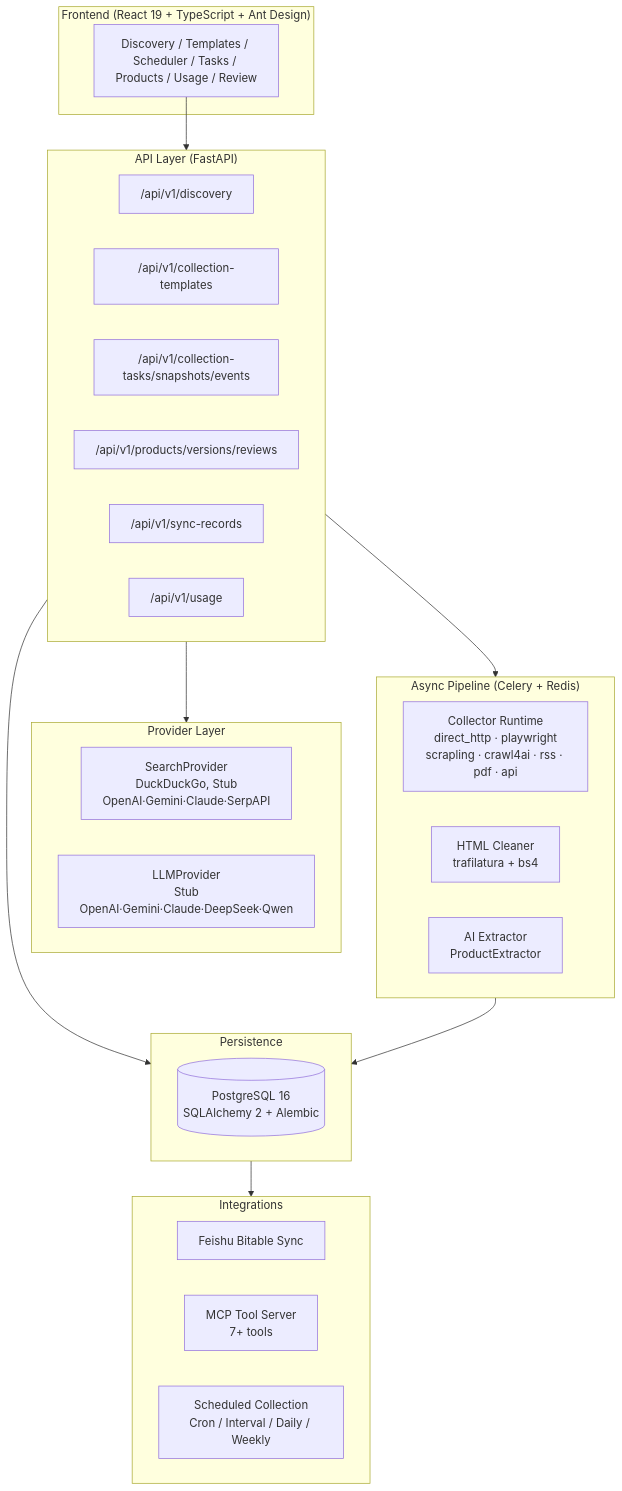
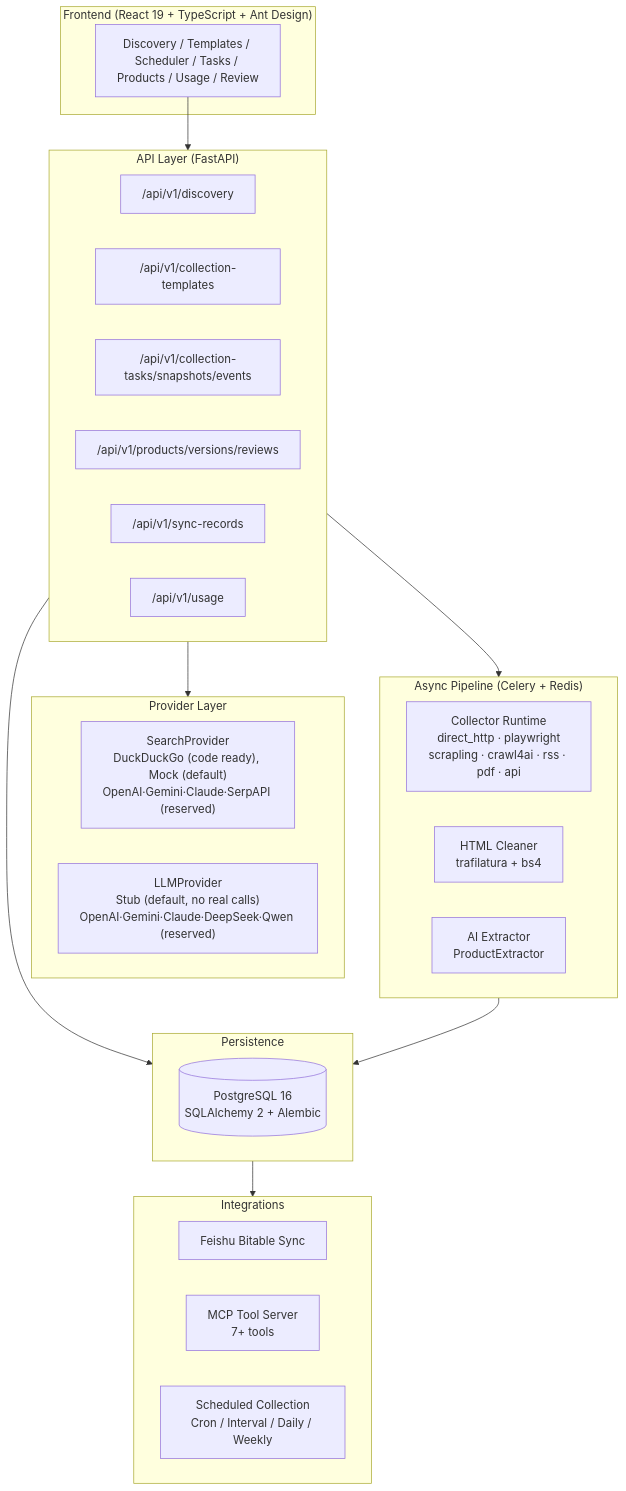
Before and after one commit to a672780966/Competitive-Product-Intelligence-System: the second of 2 diagrams in docs/README.en.md, drawn with Mermaid. The commit also changed other lines of this file and 23 other files, not shown here.

````diff
--- a/docs/README.en.md
+++ b/docs/README.en.md
@@ -87,44 +88,44 @@
 ```mermaid
 graph TB
     subgraph Frontend["Frontend (React 19 + TypeScript + Ant Design)"]
         UI["Discovery / Templates / Scheduler / Tasks / Products / Usage / Review"]
     end
 
     subgraph API["API Layer (FastAPI)"]
         DiscoveryAPI["/api/v1/discovery"]
         TemplatesAPI["/api/v1/collection-templates"]
         TasksAPI["/api/v1/collection-tasks/snapshots/events"]
         ProductsAPI["/api/v1/products/versions/reviews"]
         SyncAPI["/api/v1/sync-records"]
         UsageAPI["/api/v1/usage"]
     end
 
     subgraph Providers["Provider Layer"]
         direction LR
-        Search["SearchProvider<br/>DuckDuckGo, Stub<br/>OpenAI·Gemini·Claude·SerpAPI"]
-        LLM["LLMProvider<br/>Stub<br/>OpenAI·Gemini·Claude·DeepSeek·Qwen"]
+        Search["SearchProvider<br/>DuckDuckGo (code ready), Mock (default)<br/>OpenAI·Gemini·Claude·SerpAPI (reserved)"]
+        LLM["LLMProvider<br/>Stub (default, no real calls)<br/>OpenAI·Gemini·Claude·DeepSeek·Qwen (reserved)"]
     end
 
     subgraph Pipeline["Async Pipeline (Celery + Redis)"]
         Collect["Collector Runtime<br/>direct_http · playwright<br/>scrapling · crawl4ai · rss · pdf · api"]
         Clean["HTML Cleaner<br/>trafilatura + bs4"]
         Extract["AI Extractor<br/>ProductExtractor"]
     end
 
     subgraph Storage["Persistence"]
         DB[("PostgreSQL 16<br/>SQLAlchemy 2 + Alembic")]
     end
 
     subgraph Sync["Integrations"]
         Feishu["Feishu Bitable Sync"]
         MCP["MCP Tool Server<br/>7+ tools"]
         Sched["Scheduled Collection<br/>Cron / Interval / Daily / Weekly"]
     end
 
     UI --> API
     API --> Providers
     API --> Pipeline
     API --> Storage
     Pipeline --> Storage
     Storage --> Sync
 ```
````
